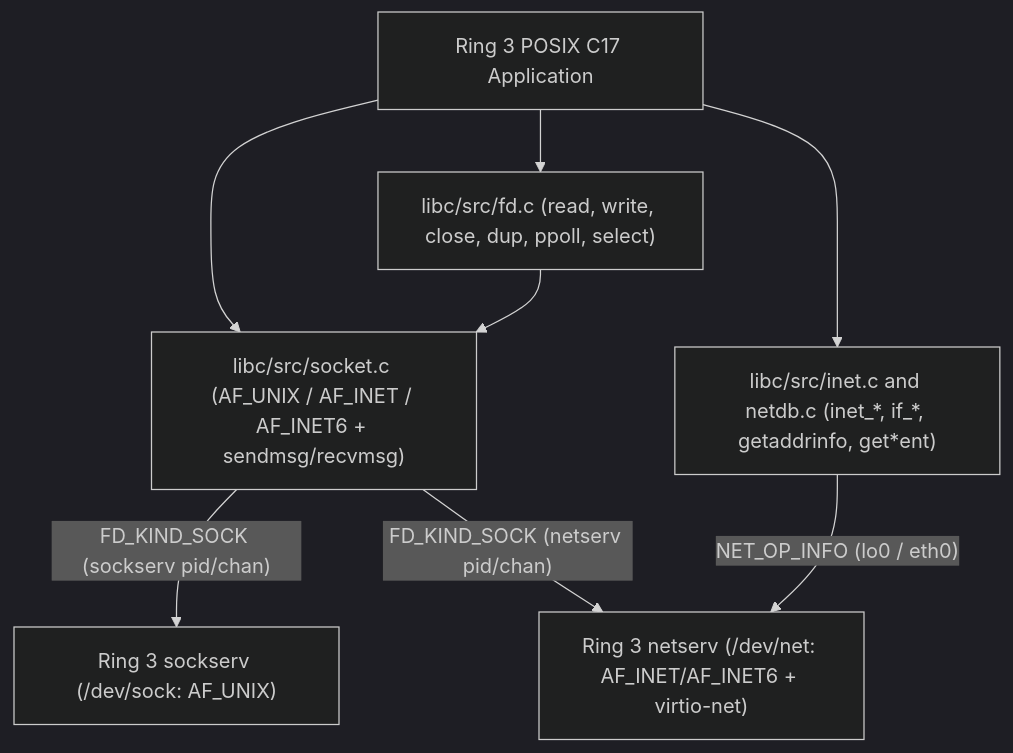
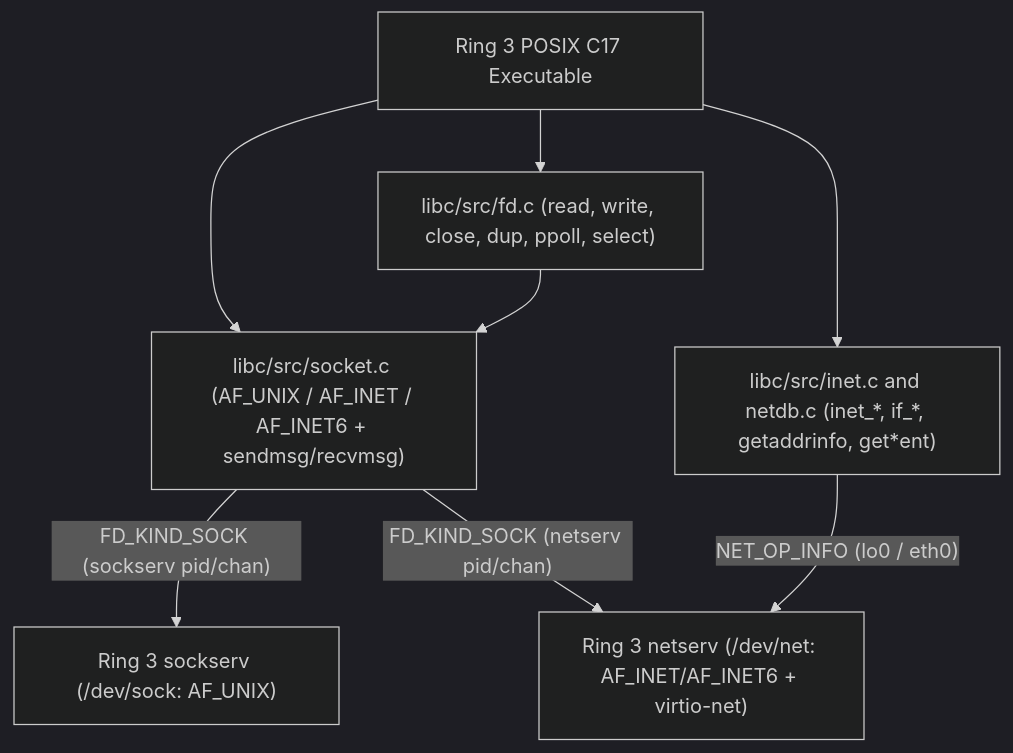
The diagram in docs/30-architecture/adr/ADR_0043.md (Deniz-Eren/microkernel), drawn with Mermaid (dark theme) before and after one commit. The commit also changed other lines of this file and 151 other files, not shown here.

````diff
--- a/docs/30-architecture/adr/ADR_0043.md
+++ b/docs/30-architecture/adr/ADR_0043.md
@@ -23,17 +23,17 @@
 ```mermaid
 flowchart TD
-    APP["Ring 3 POSIX C17 Application"]
+    APP["Ring 3 POSIX C17 Executable"]
     SOCK["libc/src/socket.c (AF_UNIX / AF_INET / AF_INET6 + sendmsg/recvmsg)"]
     INET["libc/src/inet.c and netdb.c (inet_*, if_*, getaddrinfo, get*ent)"]
     FD["libc/src/fd.c (read, write, close, dup, ppoll, select)"]
     SOCKSRV["Ring 3 sockserv (/dev/sock: AF_UNIX)"]
     NETSRV["Ring 3 netserv (/dev/net: AF_INET/AF_INET6 + virtio-net)"]
 
     APP --> SOCK
     APP --> INET
     APP --> FD
     FD --> SOCK
     SOCK -->|"FD_KIND_SOCK (sockserv pid/chan)"| SOCKSRV
     SOCK -->|"FD_KIND_SOCK (netserv pid/chan)"| NETSRV
     INET -->|"NET_OP_INFO (lo0 / eth0)"| NETSRV
 ```
````
